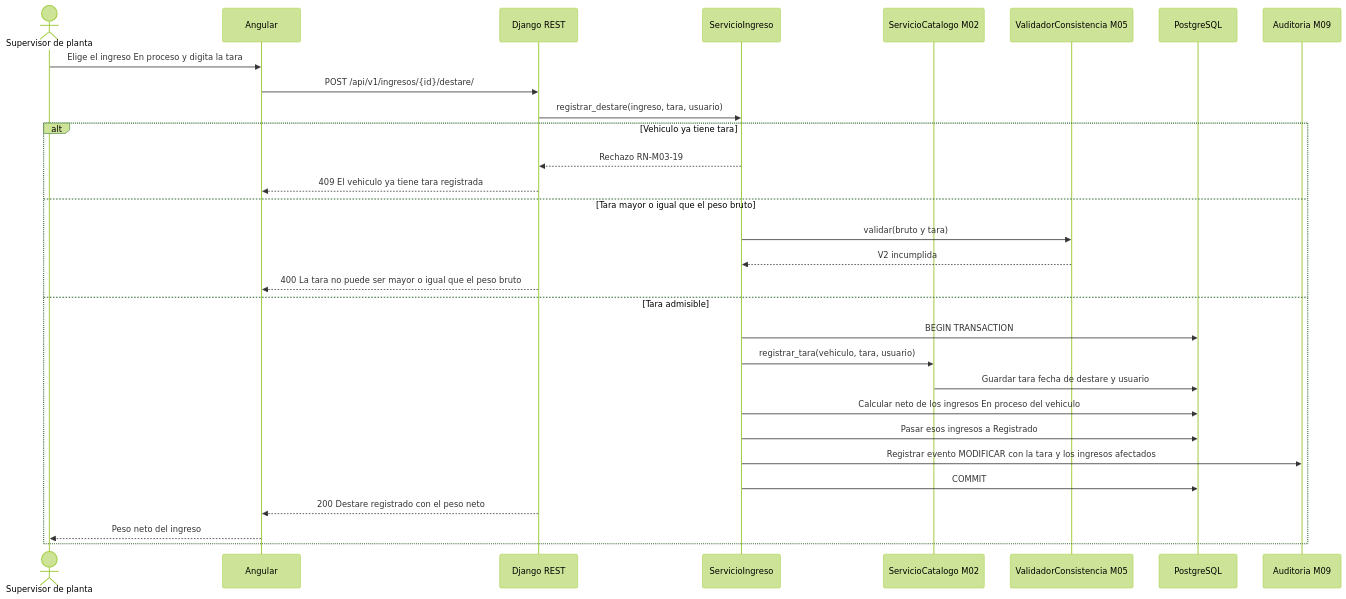
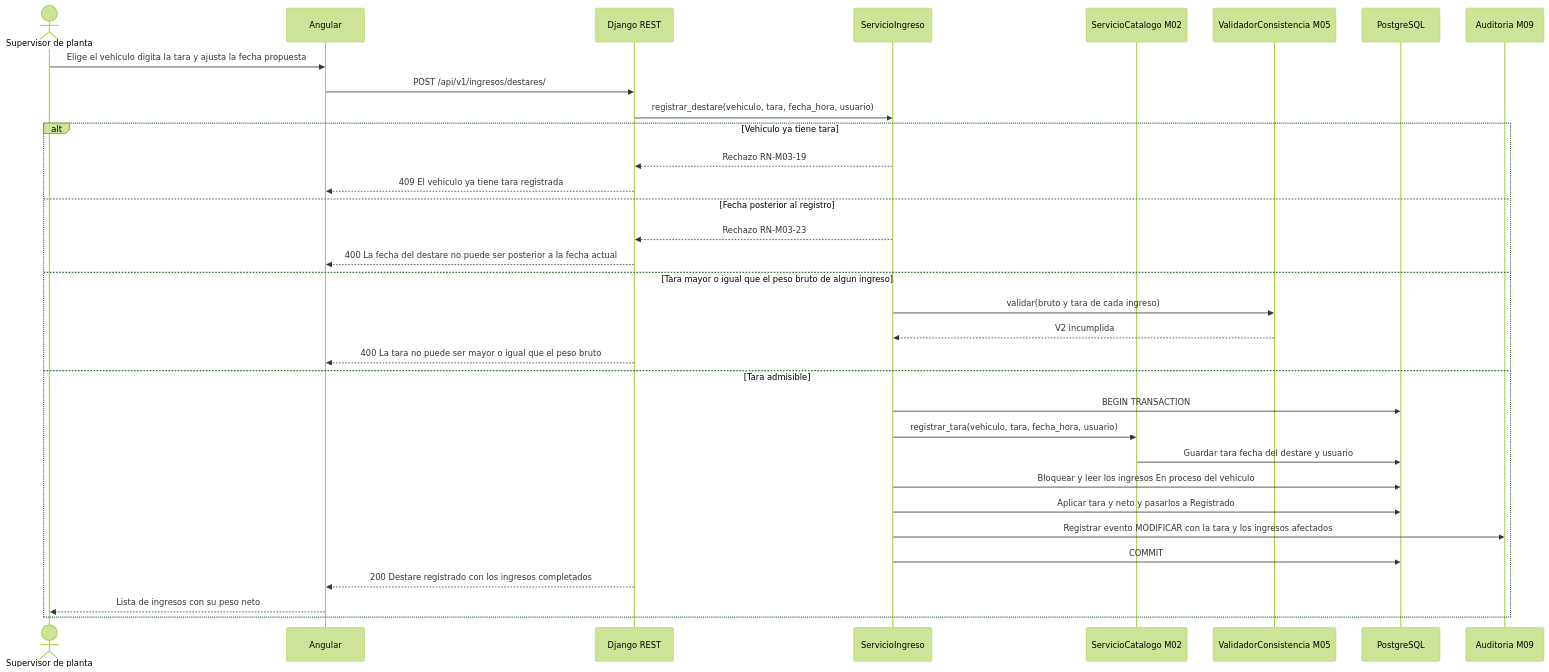
The fourth of 5 diagrams in docs/modulos/M03-ingresos/diagramas/secuencia.md (adlerOmonte1/LogisticaMinera), drawn with Mermaid (forest theme) before and after one commit. The commit also changed other lines of this file and 9 other files, not shown here.

````diff
--- a/docs/modulos/M03-ingresos/diagramas/secuencia.md
+++ b/docs/modulos/M03-ingresos/diagramas/secuencia.md
@@ -156,34 +182,37 @@
 ```mermaid
 sequenceDiagram
     actor S as Supervisor de planta
     participant NG as Angular
     participant API as Django REST
     participant SRV as ServicioIngreso
     participant CAT as ServicioCatalogo M02
     participant VAL as ValidadorConsistencia M05
     participant DB as PostgreSQL
     participant AUD as Auditoria M09
 
-    S->>NG: Elige el ingreso En proceso y digita la tara
-    NG->>API: POST /api/v1/ingresos/{id}/destare/
-    API->>SRV: registrar_destare(ingreso, tara, usuario)
+    S->>NG: Elige el vehiculo digita la tara y ajusta la fecha propuesta
+    NG->>API: POST /api/v1/ingresos/destares/
+    API->>SRV: registrar_destare(vehiculo, tara, fecha_hora, usuario)
 
     alt Vehiculo ya tiene tara
         SRV-->>API: Rechazo RN-M03-19
         API-->>NG: 409 El vehiculo ya tiene tara registrada
-    else Tara mayor o igual que el peso bruto
-        SRV->>VAL: validar(bruto y tara)
+    else Fecha posterior al registro
+        SRV-->>API: Rechazo RN-M03-23
+        API-->>NG: 400 La fecha del destare no puede ser posterior a la fecha actual
+    else Tara mayor o igual que el peso bruto de algun ingreso
+        SRV->>VAL: validar(bruto y tara de cada ingreso)
         VAL-->>SRV: V2 incumplida
         API-->>NG: 400 La tara no puede ser mayor o igual que el peso bruto
     else Tara admisible
         SRV->>DB: BEGIN TRANSACTION
-        SRV->>CAT: registrar_tara(vehiculo, tara, usuario)
-        CAT->>DB: Guardar tara fecha de destare y usuario
-        SRV->>DB: Calcular neto de los ingresos En proceso del vehiculo
-        SRV->>DB: Pasar esos ingresos a Registrado
+        SRV->>CAT: registrar_tara(vehiculo, tara, fecha_hora, usuario)
+        CAT->>DB: Guardar tara fecha del destare y usuario
+        SRV->>DB: Bloquear y leer los ingresos En proceso del vehiculo
+        SRV->>DB: Aplicar tara y neto y pasarlos a Registrado
         SRV->>AUD: Registrar evento MODIFICAR con la tara y los ingresos afectados
         SRV->>DB: COMMIT
-        API-->>NG: 200 Destare registrado con el peso neto
-        NG-->>S: Peso neto del ingreso
+        API-->>NG: 200 Destare registrado con los ingresos completados
+        NG-->>S: Lista de ingresos con su peso neto
     end
 ```
````
